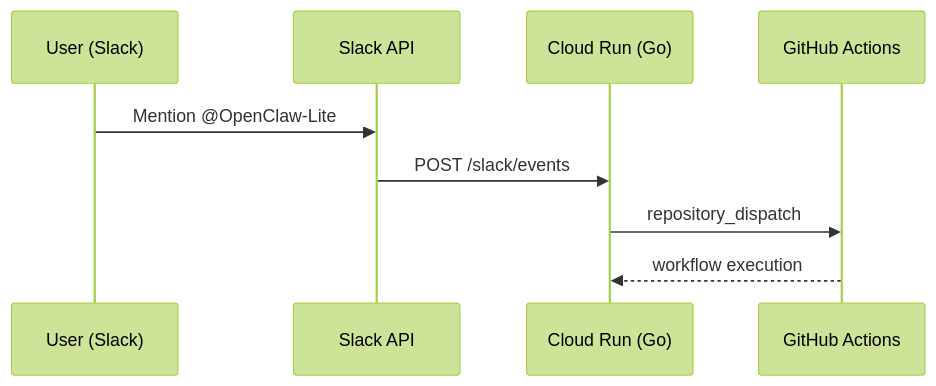
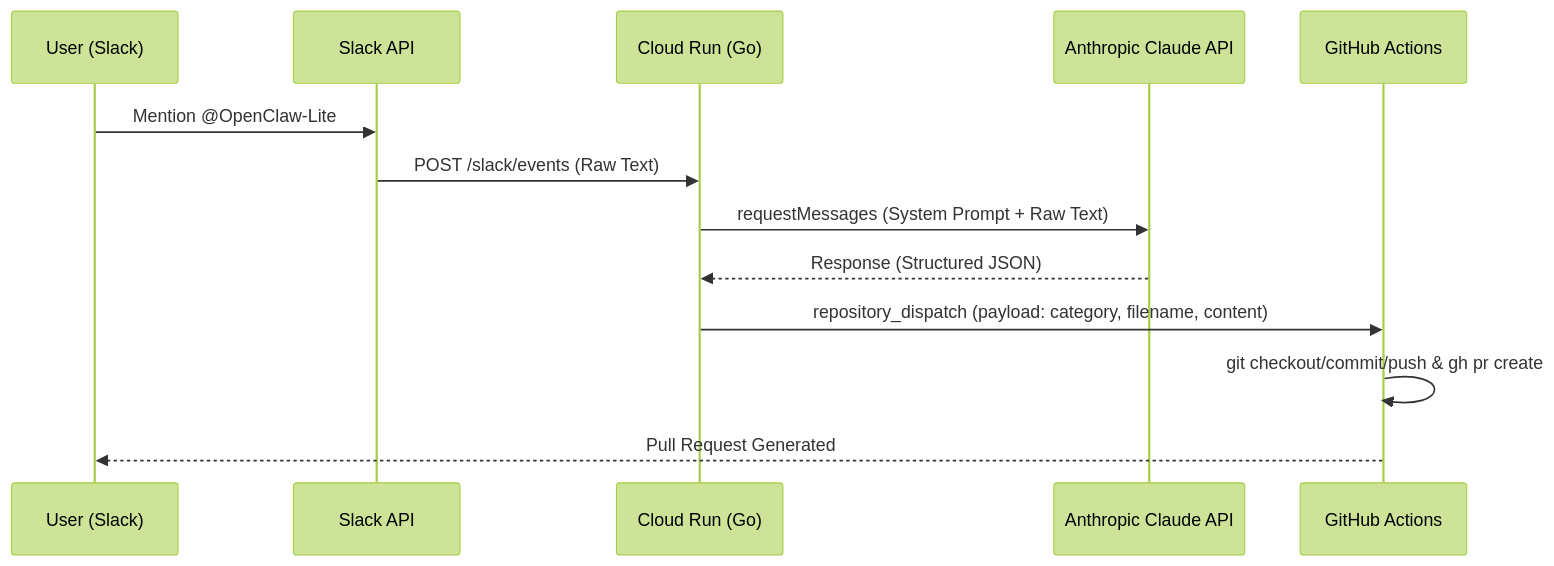
The diagram in 02_ARCHITECTURE/04_IAC_TERRAFORM/Terraform/design_docs/31_AI_AGENT_OPENCLAW_LITE.md (conti0513/development_public), drawn with Mermaid (forest theme) before and after one commit. The commit also changed other lines of this file and 5 other files, not shown here.

Commit message:
feat: integrate Claude 3.5 Sonnet and implement GHA dispatch pipeline

````diff
--- a/02_ARCHITECTURE/04_IAC_TERRAFORM/Terraform/design_docs/31_AI_AGENT_OPENCLAW_LITE.md
+++ b/02_ARCHITECTURE/04_IAC_TERRAFORM/Terraform/design_docs/31_AI_AGENT_OPENCLAW_LITE.md
@@ -15,12 +13,17 @@
 ```mermaid
 sequenceDiagram
     participant U as User (Slack)
     participant S as Slack API
     participant CR as Cloud Run (Go)
+    participant AI as Anthropic Claude API
     participant GH as GitHub Actions
 
     U->>S: Mention @OpenClaw-Lite
-    S->>CR: POST /slack/events
-    CR->>GH: repository_dispatch
-    GH-->>CR: workflow execution
+    S->>CR: POST /slack/events (Raw Text)
+    CR->>AI: requestMessages (System Prompt + Raw Text)
+    AI-->>CR: Response (Structured JSON)
+    CR->>GH: repository_dispatch (payload: category, filename, content)
+    GH->>GH: git checkout/commit/push & gh pr create
+    GH-->>U: Pull Request Generated
+
 ```
````
